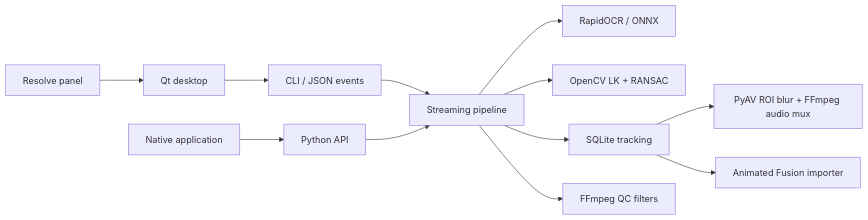
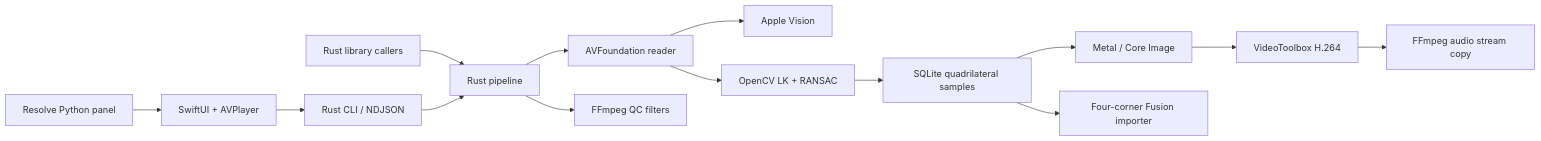
The diagram in docs/architecture.md (eschallack/video-qc-utilities), drawn with Mermaid before and after one commit. The commit also changed other lines of this file and 106 other files, not shown here.

````diff
--- a/docs/architecture.md
+++ b/docs/architecture.md
@@ -5,14 +3,16 @@
 ```mermaid
 flowchart LR
-    Desktop[Qt desktop] --> CLI[CLI / JSON events]
-    Resolve[Resolve panel] --> Desktop
-    Native[Native application] --> API[Python API]
-    CLI --> Engine[Streaming pipeline]
-    API --> Engine
-    Engine --> OCR[RapidOCR / ONNX]
-    Engine --> Motion[OpenCV LK + RANSAC]
-    Engine --> Store[SQLite tracking]
-    Store --> Renderer[PyAV ROI blur + FFmpeg audio mux]
-    Store --> Fusion[Animated Fusion importer]
-    Engine --> QC[FFmpeg QC filters]
+    UI[SwiftUI + AVPlayer] --> IPC[Rust CLI / NDJSON]
+    Resolve[Resolve Python panel] --> UI
+    API[Rust library callers] --> Core[Rust pipeline]
+    IPC --> Core
+    Core --> Decode[AVFoundation reader]
+    Decode --> OCR[Apple Vision]
+    Decode --> Track[OpenCV LK + RANSAC]
+    Track --> DB[SQLite quadrilateral samples]
+    DB --> Render[Metal / Core Image]
+    Render --> Encode[VideoToolbox H.264]
+    Encode --> Audio[FFmpeg audio stream copy]
+    DB --> Fusion[Four-corner Fusion importer]
+    Core --> QC[FFmpeg QC filters]
 ```
````
